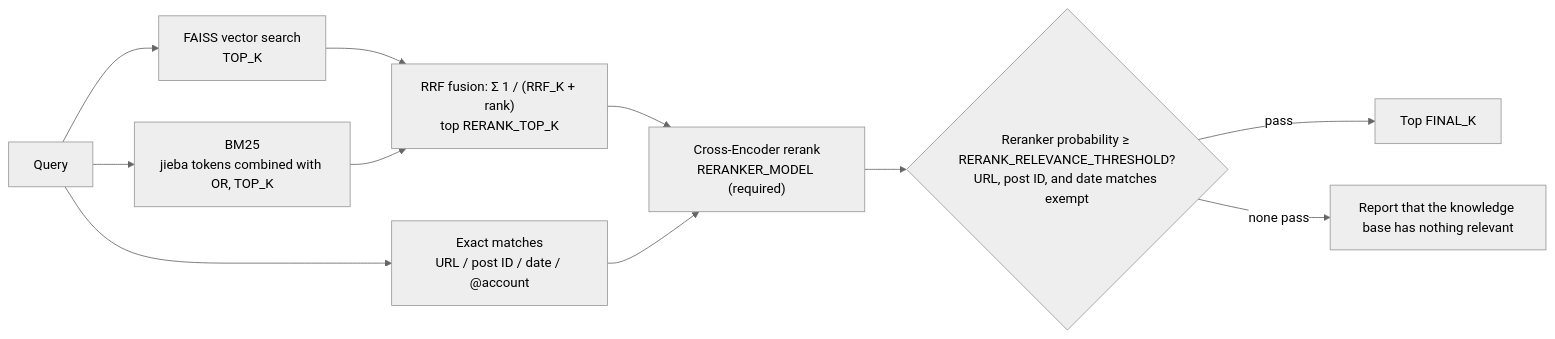
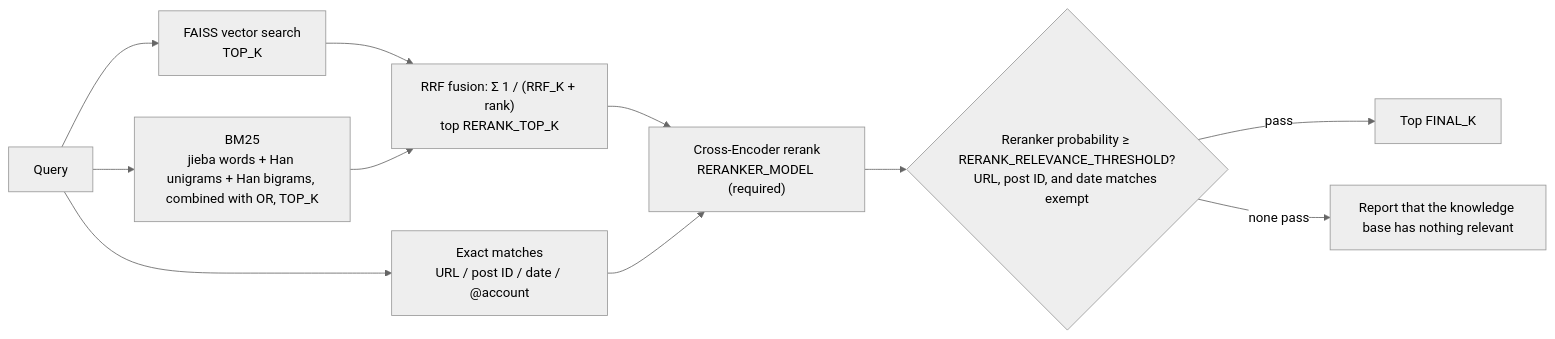
Before and after one commit to Scorpio-meow/AskMiao: the fifth of 9 diagrams in docs/architecture_en.md, drawn with Mermaid (neutral theme). The commit also changed other lines of this file and 163 other files, not shown here.

````diff
--- a/docs/architecture_en.md
+++ b/docs/architecture_en.md
@@ -338,13 +339,13 @@
 ```mermaid
 flowchart LR
     Query["Query"] --> FAISS["FAISS vector search<br/>TOP_K"]
-    Query --> BM25["BM25<br/>jieba tokens combined with OR, TOP_K"]
+    Query --> BM25["BM25<br/>jieba words + Han unigrams + Han bigrams, combined with OR, TOP_K"]
     Query --> Exact["Exact matches<br/>URL / post ID / date / @account"]
     FAISS --> RRF["RRF fusion: Σ 1 / (RRF_K + rank)<br/>top RERANK_TOP_K"]
     BM25 --> RRF
     RRF --> Rerank["Cross-Encoder rerank<br/>RERANKER_MODEL (required)"]
     Exact --> Rerank
     Rerank --> Gate{"Reranker probability ≥ RERANK_RELEVANCE_THRESHOLD?<br/>URL, post ID, and date matches exempt"}
     Gate -->|pass| Top["Top FINAL_K"]
     Gate -->|none pass| None["Report that the knowledge base has nothing relevant"]
 ```
````
